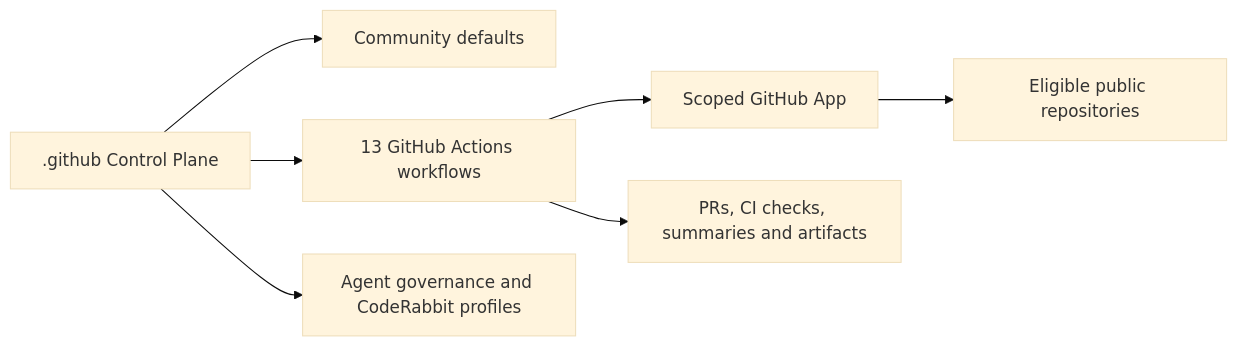
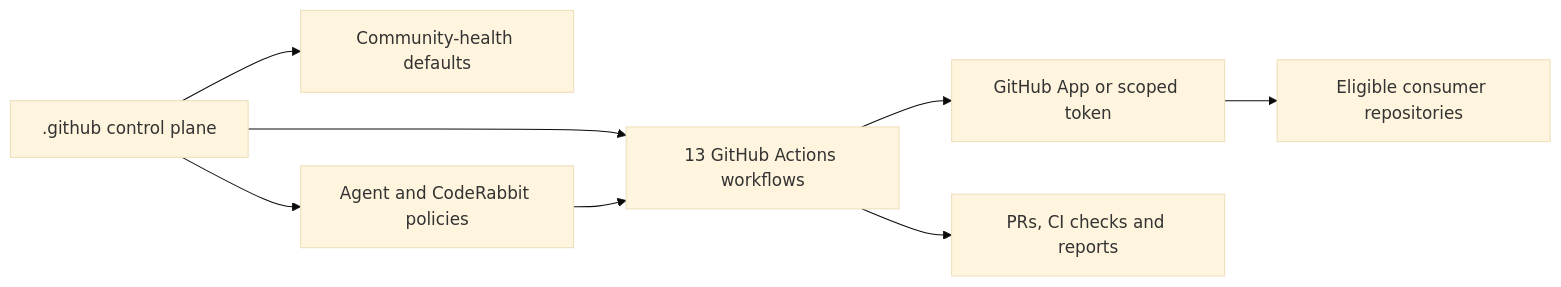
Before and after one commit to rodri-oliveira-dev/.github: the diagram in README.md, drawn with Mermaid (base theme). The commit also changed other lines of this file and 1 other file, not shown here.

````diff
--- a/README.md
+++ b/README.md
@@ -59,9 +59,10 @@
 ```mermaid
 flowchart LR
-  Central[".github Control Plane"] --> Defaults["Community defaults"]
-  Central --> Actions["13 GitHub Actions workflows"]
-  Central --> Policies["Agent governance and CodeRabbit profiles"]
-  Actions --> App["Scoped GitHub App"]
-  App --> Consumers["Eligible public repositories"]
-  Actions --> Reports["PRs, CI checks, summaries and artifacts"]
+  Control[".github control plane"] --> Defaults["Community-health defaults"]
+  Control --> Actions["13 GitHub Actions workflows"]
+  Control --> Policies["Agent and CodeRabbit policies"]
+  Actions --> App["GitHub App or scoped token"]
+  App --> Consumers["Eligible consumer repositories"]
+  Actions --> Reports["PRs, CI checks and reports"]
+  Policies --> Actions
 ```
````
